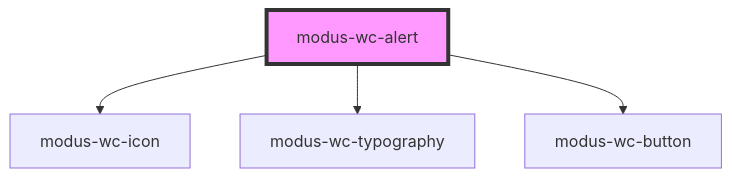
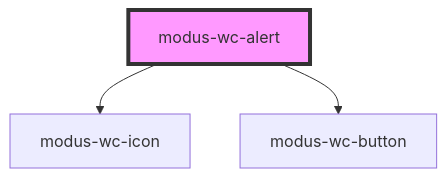
One commit to trimble-oss/modus-wc-2.0 changed the diagram in src/components/modus-wc-alert/readme.md. Above: the diagram before and after it, drawn with Mermaid. The commit also changed other lines of this file and 6 other files, not shown here.

````diff
--- a/src/components/modus-wc-alert/readme.md
+++ b/src/components/modus-wc-alert/readme.md
@@ -44,7 +43,6 @@
 ```mermaid
 graph TD;
   modus-wc-alert --> modus-wc-icon
-  modus-wc-alert --> modus-wc-typography
   modus-wc-alert --> modus-wc-button
   style modus-wc-alert fill:#f9f,stroke:#333,stroke-width:4px
 ```
````
